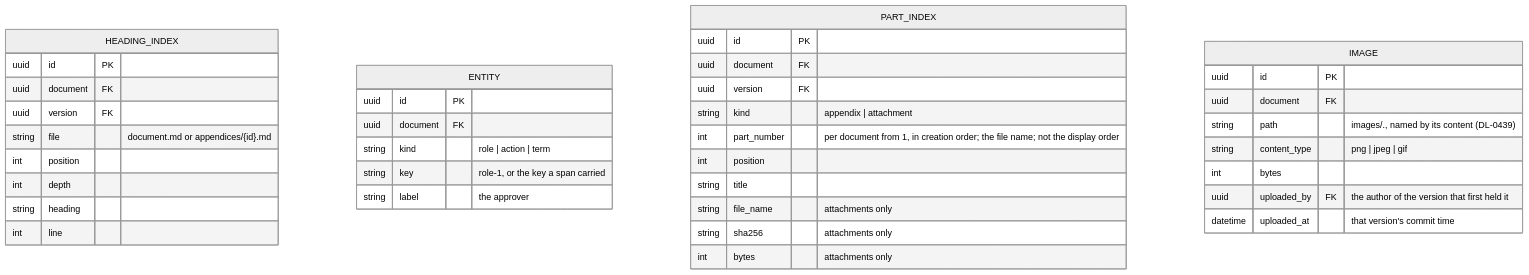
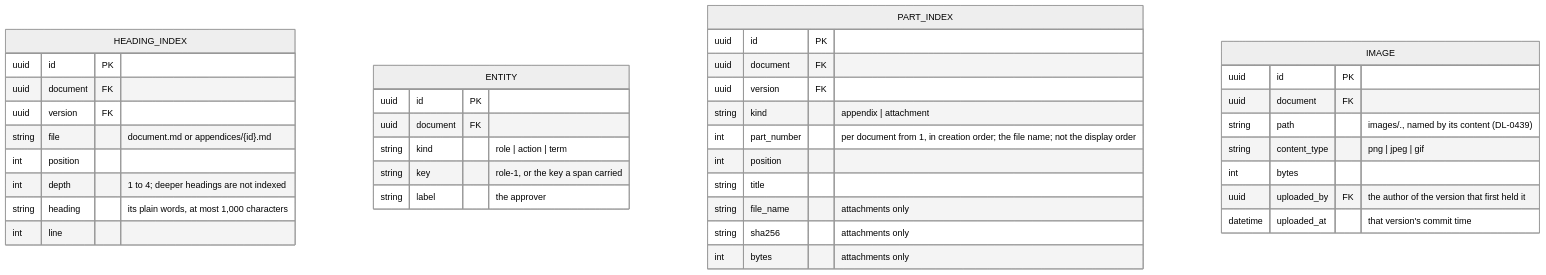
One commit to Oleksii-Zagorskyi/syngraphe changed the fourth of 5 diagrams in docs/data-model.md. Above: the diagram before and after it, drawn with Mermaid (neutral theme). The commit also changed other lines of this file and 39 other files, not shown here.

````diff
--- a/docs/data-model.md
+++ b/docs/data-model.md
@@ -480,41 +490,41 @@
 ```mermaid
 erDiagram
     HEADING_INDEX {
         uuid id PK
         uuid document FK
         uuid version FK
         string file "document.md or appendices/{id}.md"
         int position
-        int depth
-        string heading
+        int depth "1 to 4; deeper headings are not indexed"
+        string heading "its plain words, at most 1,000 characters"
         int line
     }
     ENTITY {
         uuid id PK
         uuid document FK
         string kind "role | action | term"
         string key "role-1, or the key a span carried"
         string label "the approver"
     }
     PART_INDEX {
         uuid id PK
         uuid document FK
         uuid version FK
         string kind "appendix | attachment"
         int part_number "per document from 1, in creation order; the file name; not the display order"
         int position
         string title
         string file_name "attachments only"
         string sha256 "attachments only"
         int bytes "attachments only"
     }
     IMAGE {
         uuid id PK
         uuid document FK
         string path "images/<sha256>.<ext>, named by its content (DL-0439)"
         string content_type "png | jpeg | gif"
         int bytes
         uuid uploaded_by FK "the author of the version that first held it"
         datetime uploaded_at "that version's commit time"
     }
 ```
````
